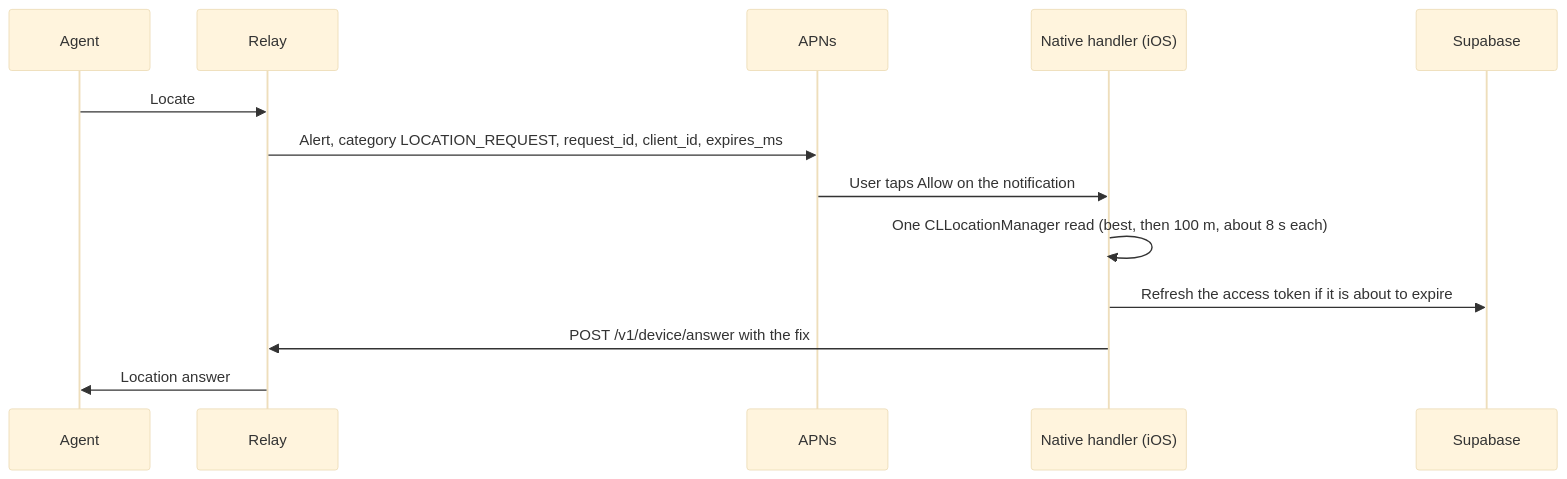
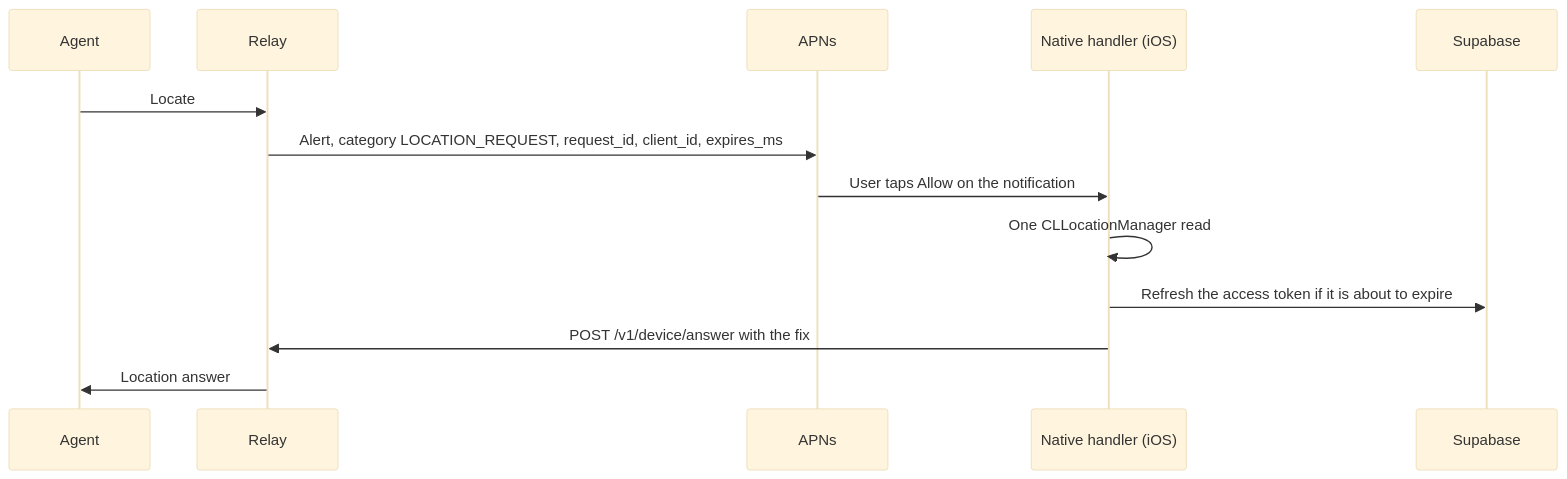
Before and after one commit to whereabot/whereabot: the second of 2 diagrams in docs/architecture.md, drawn with Mermaid (base theme). The commit also changed other lines of this file and 12 other files, not shown here.

````diff
--- a/docs/architecture.md
+++ b/docs/architecture.md
@@ -75,15 +75,15 @@
 ```mermaid
 sequenceDiagram
     participant A as Agent
     participant R as Relay
     participant N as APNs
     participant H as Native handler (iOS)
     participant S as Supabase
     A->>R: Locate
     R->>N: Alert, category LOCATION_REQUEST, request_id, client_id, expires_ms
     N->>H: User taps Allow on the notification
-    H->>H: One CLLocationManager read (best, then 100 m, about 8 s each)
+    H->>H: One CLLocationManager read
     H->>S: Refresh the access token if it is about to expire
     H->>R: POST /v1/device/answer with the fix
     R->>A: Location answer
 ```
````
